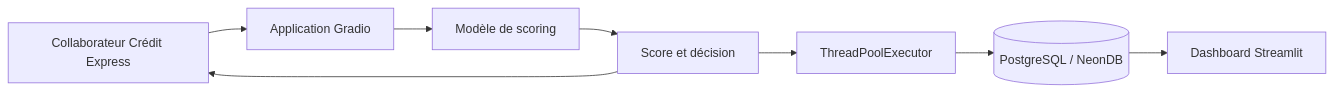
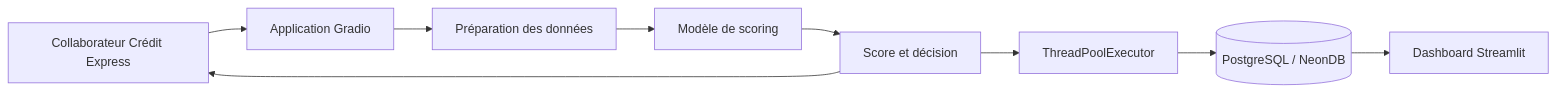
Before and after one commit to lealjo27/Projet8: the first of 2 diagrams in README.md, drawn with Mermaid. The commit also changed other lines of this file, not shown here.

````diff
--- a/README.md
+++ b/README.md
@@ -41,18 +120,20 @@
 ```mermaid
 flowchart LR
     U[Collaborateur Crédit Express]
     G[Application Gradio]
+    P[Préparation des données]
     M[Modèle de scoring]
     R[Score et décision]
     T[ThreadPoolExecutor]
     DB[(PostgreSQL / NeonDB)]
     S[Dashboard Streamlit]
 
     U --> G
-    G --> M
+    G --> P
+    P --> M
     M --> R
     R --> U
     R --> T
     T --> DB
     DB --> S
 ```
````
